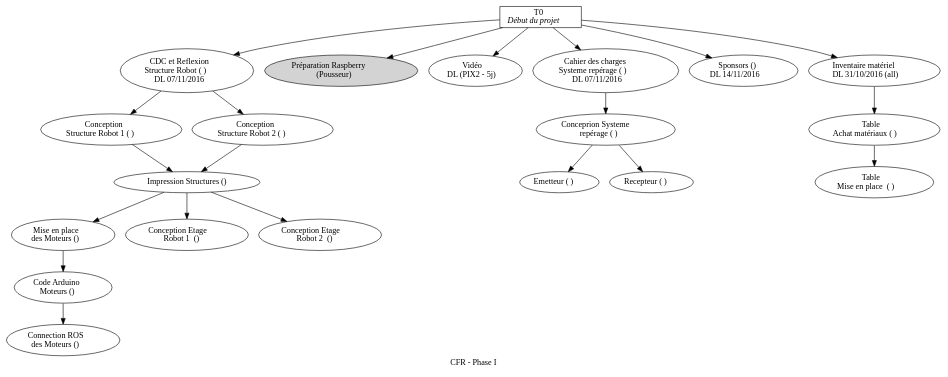
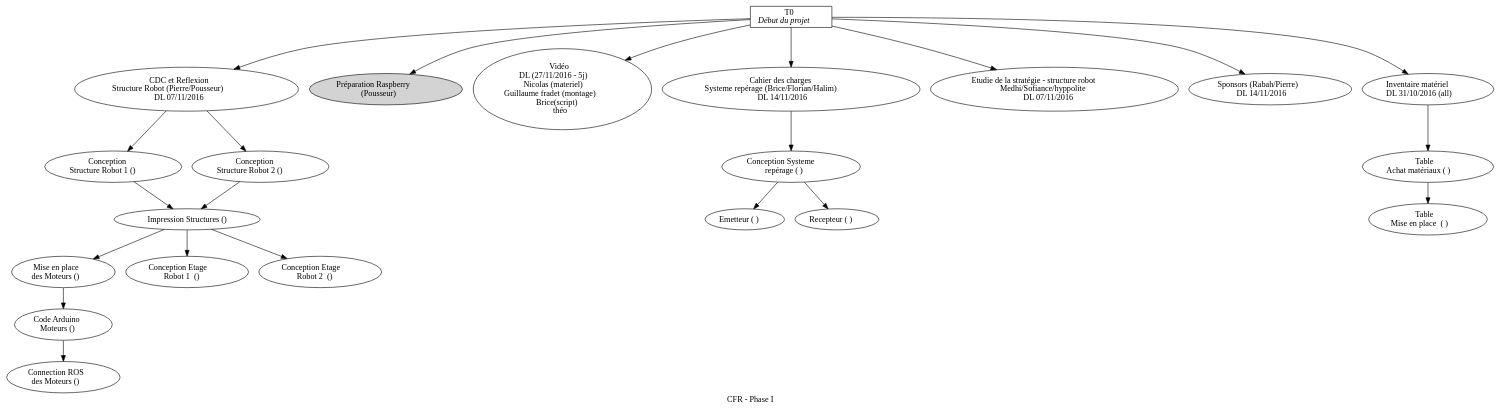
The diagram in projet/taches/taches_global.gv (ESCF17/coupe), drawn with Graphviz before and after one commit. The commit also changed 9 other files, not shown here.

```diff
--- a/projet/taches/taches_global.gv
+++ b/projet/taches/taches_global.gv
@@ -1,59 +1,62 @@
 digraph G {
   
     label ="CFR - Phase I";
    
     t0		   [label = <T0 <br/> <I>Début du projet </I>>]    
     table_0   	   [label = <Table <br/> Achat matériaux ( )>]
     table_1   	   [label = <Table <br/> Mise en place  ( )>]
-    struct_robot   [label = <CDC et Reflexion <br/> Structure Robot ( ) <br/> DL 07/11/2016>]
-    struct_robot_1 [label = <Conception  <br/> Structure Robot 1 ( )>]
-    struct_robot_2 [label = <Conception  <br/> Structure Robot 2 ( )>]
+    struct_robot   [label = <CDC et Reflexion <br/> Structure Robot (Pierre/Pousseur) <br/> DL 07/11/2016>]
+    struct_robot_1 [label = <Conception <br/> Structure Robot 1 ()>]
+    struct_robot_2 [label = <Conception <br/> Structure Robot 2 ()>]
     imp_struct 	   [label = "Impression Structures ()"]
     prepa_os	   [label = <Préparation Raspberry <br/> (Pousseur) > style="filled"]
-    prepa_video    [label = <Vidéo <br/>DL (PIX2 - 5j)>]
-    cch_sys_rep    [label = <Cahier des charges <br/> Systeme repérage ( ) <br/> DL 07/11/2016 >]
-    cons_sys_rep   [label = <Conceprion Systeme <br/> repérage ( )>]
+    prepa_video    [label = <Vidéo <br/>DL (27/11/2016 - 5j) <br/>Nicolas (materiel) <br/>Guillaume fradet (montage)<br/>Brice(script)<br/>théo>]
+    cch_sys_rep    [label = <Cahier des charges <br/> Systeme repérage (Brice/Florian/Halim) <br/> DL 14/11/2016 >]
+    cons_sys_rep   [label = <Conception Systeme <br/> repérage ( )>]
     rep_emetteur   [label = <Emetteur ( )>]
     rep_recepteur  [label = <Recepteur ( )>]
+    strats         [label = <Etudie de la stratégie - structure robot <br/> Medhi/Sofiance/hyppolite<br/>DL 07/11/2016>]
 
-    sponsors	   [label = <Sponsors () <br/> DL 14/11/2016 >]
+    sponsors	   [label = <Sponsors (Rabah/Pierre) <br/> DL 14/11/2016 >]
     
     moteur_roues   [label = <Mise en place <br/> des Moteurs ()>] 
     arduino_moteur [label = <Code Arduino <br/> Moteurs ()>] 
     arduino_rasp   [label = <Connection ROS <br/> des Moteurs ()>] 
 
     cons_etg1_r1   [label = <Conception Etage <br/> Robot 1  ()>] 
     cons_etg1_r2   [label = <Conception Etage <br/> Robot 2  ()>]
 
     inventaire	   [label = <Inventaire matériel <br/> DL 31/10/2016 (all)>]
 
 
     t0[shape=box];
        
     t0		-> inventaire;
-    inventaire -> table_0 	-> table_1;
+    inventaire -> table_0 -> table_1;
+ 
+    t0 -> strats
 
     t0 -> prepa_os;
     
     t0 -> prepa_video;
 
     t0 -> sponsors;
 
     t0 -> struct_robot;
     struct_robot -> struct_robot_1;
     struct_robot -> struct_robot_2;
 
     struct_robot_1 -> imp_struct;
     struct_robot_2 -> imp_struct;
     imp_struct	   -> moteur_roues;
     moteur_roues   -> arduino_moteur;
     arduino_moteur -> arduino_rasp;
 
     imp_struct	   -> cons_etg1_r1;
     imp_struct	   -> cons_etg1_r2;
 
-    t0 		   -> cch_sys_rep;
+    t0    -> cch_sys_rep;
     cch_sys_rep	   -> cons_sys_rep;
     cons_sys_rep   -> rep_emetteur;
     cons_sys_rep   -> rep_recepteur;
  }
```
